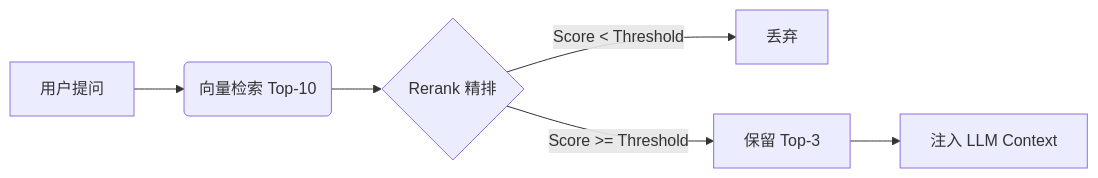
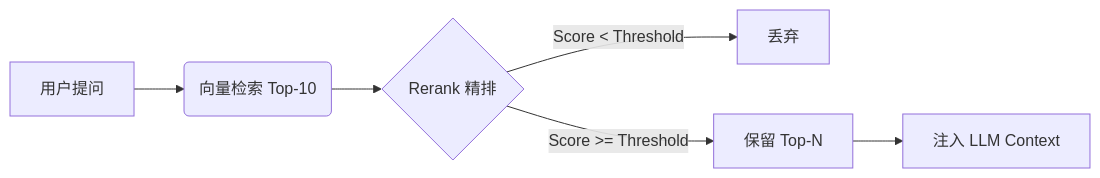
Before and after one commit to juliusceasar1130/react_agent: the diagram in README.md, drawn with Mermaid. The commit also changed other lines of this file and 8 other files, not shown here.

````diff
--- a/README.md
+++ b/README.md
@@ -333,8 +350,8 @@
 ```mermaid
 graph LR
     A[用户提问] --> B(向量检索 Top-10)
     B --> C{Rerank 精排}
     C -->|Score < Threshold| D[丢弃]
-    C -->|Score >= Threshold| E[保留 Top-3]
+    C -->|Score >= Threshold| E[保留 Top-N]
     E --> F[注入 LLM Context]
 ```
````
